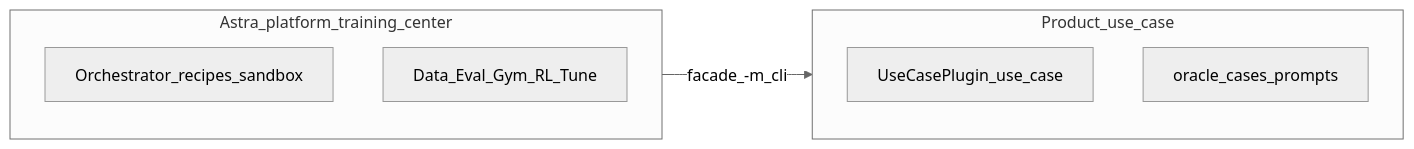
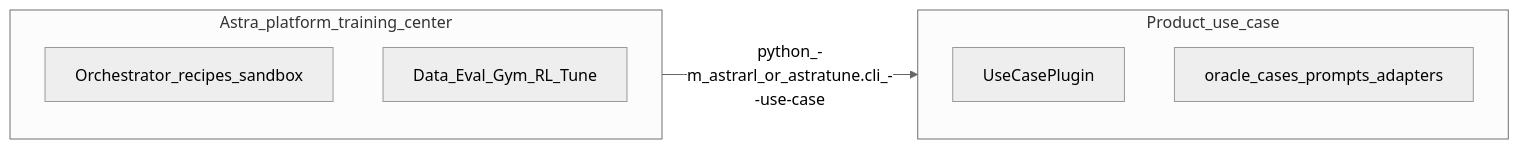
One commit to kewangpro/astra changed the third of 6 diagrams in docs/DESIGN.md. Above: the diagram before and after it, drawn with Mermaid (neutral theme). The commit also changed other lines of this file, not shown here.

First line of the commit message:
Align DESIGN Mermaid diagrams with the live Orchestrator stack.

````diff
--- a/docs/DESIGN.md
+++ b/docs/DESIGN.md
@@ -131,12 +133,12 @@
 ```mermaid
 flowchart LR
   subgraph platform [Astra_platform_training_center]
     Orch[Orchestrator_recipes_sandbox]
     Pkgs[Data_Eval_Gym_RL_Tune]
   end
   subgraph product [Product_use_case]
-    Plugin[UseCasePlugin_use_case]
-    Assets[oracle_cases_prompts]
+    Plugin[UseCasePlugin]
+    Assets[oracle_cases_prompts_adapters]
   end
-  platform -->|"facade_-m_cli"| product
+  platform -->|"python_-m_astrarl_or_astratune.cli_--use-case"| product
 ```
````
